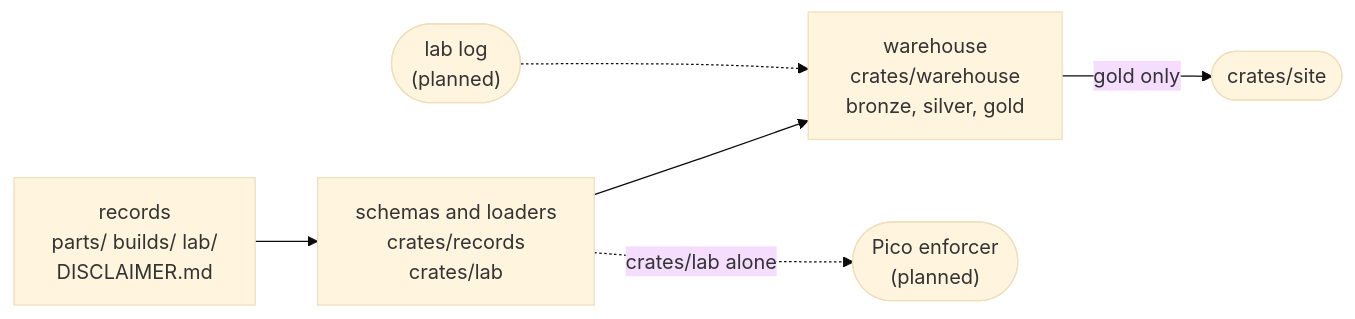
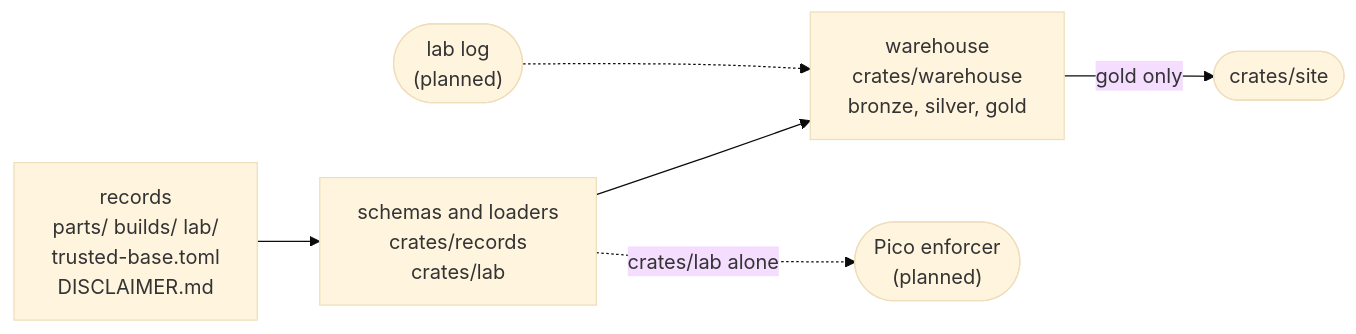
One commit to via-balaena/tentzhen changed the diagram in docs/architecture.md. Above: the diagram before and after it, drawn with Mermaid (base theme). The commit also changed other lines of this file and 11 other files, not shown here.

First line of the commit message:
Trusted base: its entries as data, and every trusted referent a foreign key (#22)

````diff
--- a/docs/architecture.md
+++ b/docs/architecture.md
@@ -9,12 +9,12 @@
 ```mermaid
 flowchart LR
-  records["records<br/>parts/ builds/ lab/<br/>DISCLAIMER.md"]
+  records["records<br/>parts/ builds/ lab/<br/>trusted-base.toml<br/>DISCLAIMER.md"]
   schemas["schemas and loaders<br/>crates/records<br/>crates/lab"]
   warehouse["warehouse<br/>crates/warehouse<br/>bronze, silver, gold"]
   site(["crates/site"])
   enforcer(["Pico enforcer<br/>(planned)"])
   lablog(["lab log<br/>(planned)"])
   records --> schemas --> warehouse -- gold only --> site
   schemas -. crates/lab alone .-> enforcer
   lablog -.-> warehouse
 ```
````
